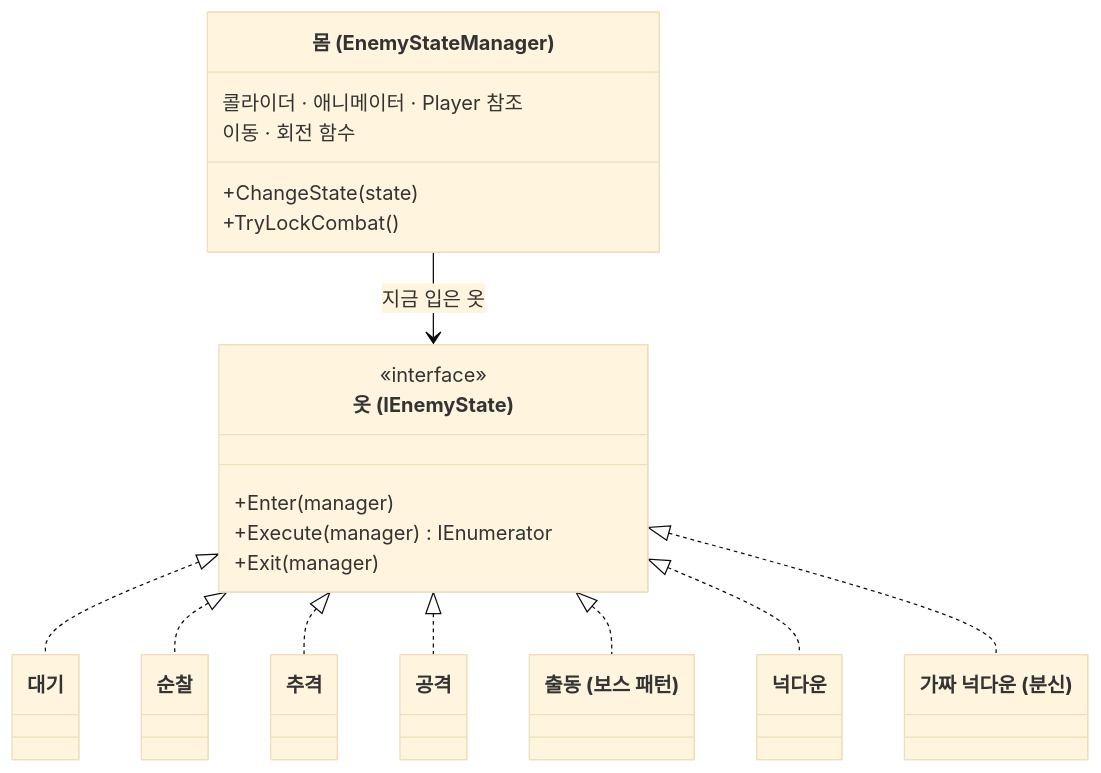
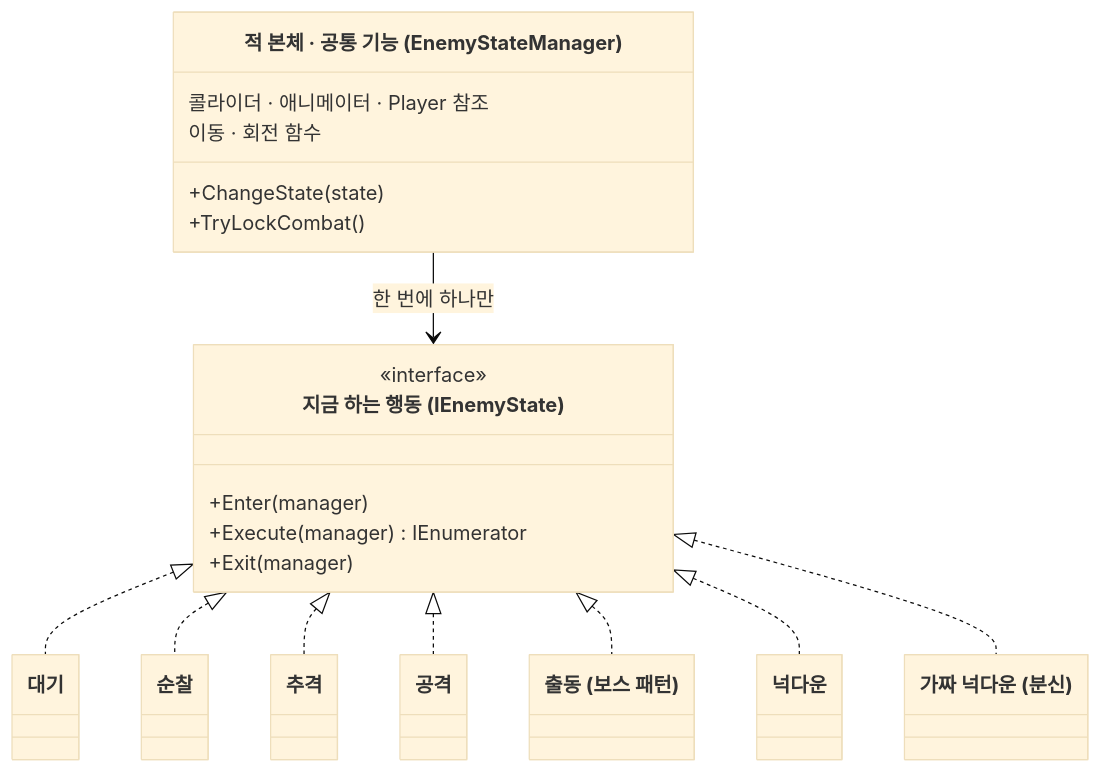
One commit to pinkshield/portfolio changed the second of 4 diagrams in src/1-watch-your-back/기술문서.md. Above: the diagram before and after it, drawn with Mermaid (base theme). The commit also changed other lines of this file and 2 other files, not shown here.

````diff
--- a/src/1-watch-your-back/기술문서.md
+++ b/src/1-watch-your-back/기술문서.md
@@ -124,31 +124,31 @@
 ```mermaid
 classDiagram
     direction TB
-    class EnemyStateManager["몸 (EnemyStateManager)"] {
+    class EnemyStateManager["적 본체 · 공통 기능 (EnemyStateManager)"] {
         콜라이더 · 애니메이터 · Player 참조
         이동 · 회전 함수
         +ChangeState(state)
         +TryLockCombat()
     }
-    class IEnemyState["옷 (IEnemyState)"] {
+    class IEnemyState["지금 하는 행동 (IEnemyState)"] {
         <<interface>>
         +Enter(manager)
         +Execute(manager) IEnumerator
         +Exit(manager)
     }
     class EnemyIdleState["대기"]
     class EnemyPatrolState["순찰"]
     class EnemyChaseState["추격"]
     class EnemyAttackState["공격"]
     class AlertMovePatternState["출동 (보스 패턴)"]
     class EnemyKnockDownState["넉다운"]
     class EnemyFakeKnockdownState["가짜 넉다운 (분신)"]
-    EnemyStateManager --> IEnemyState : 지금 입은 옷
+    EnemyStateManager --> IEnemyState : 한 번에 하나만
     IEnemyState <|.. EnemyIdleState
     IEnemyState <|.. EnemyPatrolState
     IEnemyState <|.. EnemyChaseState
     IEnemyState <|.. EnemyAttackState
     IEnemyState <|.. AlertMovePatternState
     IEnemyState <|.. EnemyKnockDownState
     IEnemyState <|.. EnemyFakeKnockdownState
 ```
````
